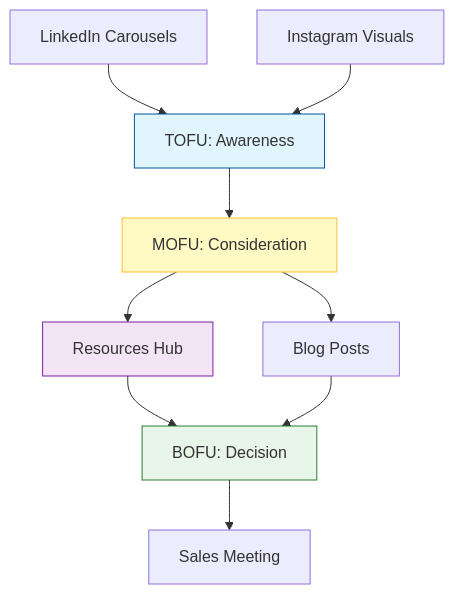
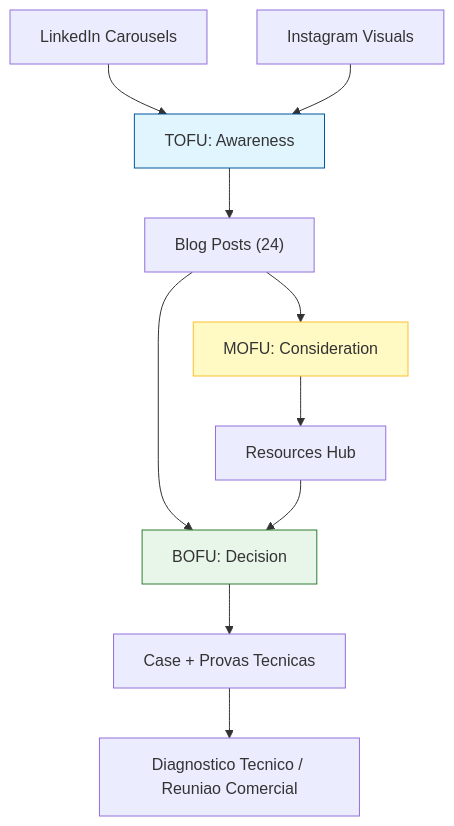
One commit to RafaellsAlmeida/lifetrek changed the diagram in docs/marketing_funnel_strategy.md. Above: the diagram before and after it, drawn with Mermaid. The commit also changed other lines of this file and 5 other files, not shown here.

````diff
--- a/docs/marketing_funnel_strategy.md
+++ b/docs/marketing_funnel_strategy.md
@@ -7,27 +15,27 @@
 ```mermaid
 graph TD
     TOF["TOFU: Awareness"]
     MOF["MOFU: Consideration"]
     BOF["BOFU: Decision"]
 
-    LI[LinkedIn Carousels]
-    IG[Instagram Visuals]
-
+    LI["LinkedIn Carousels"]
+    IG["Instagram Visuals"]
+    BLOG["Blog Posts (24)"]
     RES["Resources Hub"]
-    BLOG["Blog Posts"]
-    MEET["Sales Meeting"]
+    CASE["Case + Provas Tecnicas"]
+    MEET["Diagnostico Tecnico / Reuniao Comercial"]
 
     LI --> TOF
     IG --> TOF
-    TOF --> MOF
+    TOF --> BLOG
+    BLOG --> MOF
     MOF --> RES
-    MOF --> BLOG
+    BLOG --> BOF
     RES --> BOF
-    BLOG --> BOF
-    BOF --> MEET
+    BOF --> CASE
+    CASE --> MEET
 
     style TOF fill:#e1f5fe,stroke:#01579b
     style MOF fill:#fff9c4,stroke:#fbc02d
     style BOF fill:#e8f5e9,stroke:#2e7d32
-    style RES fill:#f3e5f5,stroke:#7b1fa2
 ```
````
